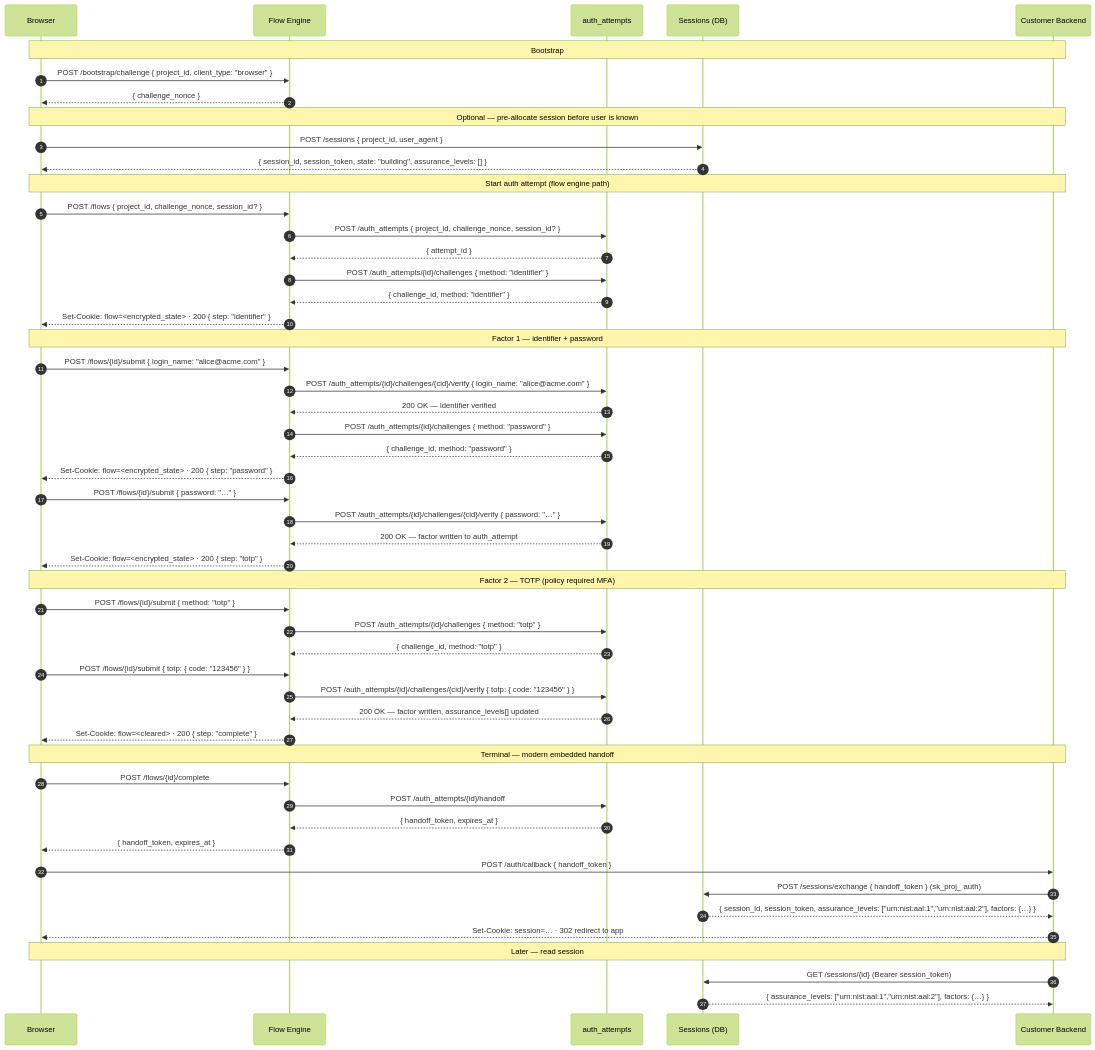
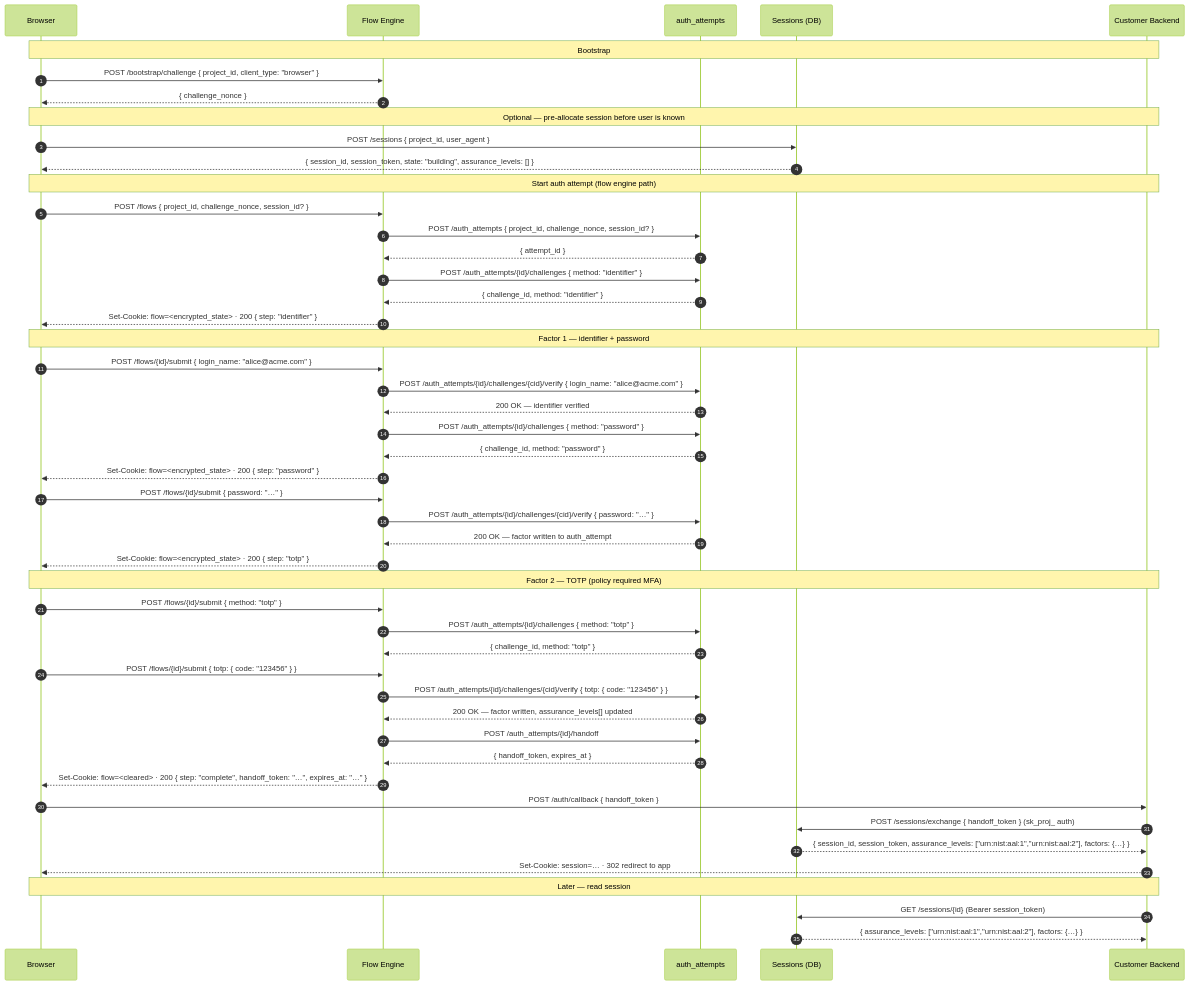
Before and after one commit to zitadel/nextgen: the first of 4 diagrams in docs/design/api/authn-and-auth-flows.md, drawn with Mermaid (forest theme). The commit also changed other lines of this file, not shown here.

````diff
--- a/docs/design/api/authn-and-auth-flows.md
+++ b/docs/design/api/authn-and-auth-flows.md
@@ -155,69 +155,64 @@
 ```mermaid
 sequenceDiagram
     autonumber
     participant Browser
     participant FlowEngine as Flow Engine
     participant AuthAttempts as auth_attempts
     participant SessionDB as Sessions (DB)
     participant CustomerBackend as Customer Backend
 
     Note over Browser,CustomerBackend: Bootstrap
 
     Browser->>FlowEngine: POST /bootstrap/challenge { project_id, client_type: "browser" }
     FlowEngine-->>Browser: { challenge_nonce }
 
     Note over Browser,CustomerBackend: Optional — pre-allocate session before user is known
 
     Browser->>SessionDB: POST /sessions { project_id, user_agent }
     SessionDB-->>Browser: { session_id, session_token, state: "building", assurance_levels: [] }
 
     Note over Browser,CustomerBackend: Start auth attempt (flow engine path)
 
     Browser->>FlowEngine: POST /flows { project_id, challenge_nonce, session_id? }
     FlowEngine->>AuthAttempts: POST /auth_attempts { project_id, challenge_nonce, session_id? }
     AuthAttempts-->>FlowEngine: { attempt_id }
     FlowEngine->>AuthAttempts: POST /auth_attempts/{id}/challenges { method: "identifier" }
     AuthAttempts-->>FlowEngine: { challenge_id, method: "identifier" }
     FlowEngine-->>Browser: Set-Cookie: flow=<encrypted_state> · 200 { step: "identifier" }
 
     Note over Browser,CustomerBackend: Factor 1 — identifier + password
 
     Browser->>FlowEngine: POST /flows/{id}/submit { login_name: "alice@acme.com" }
     FlowEngine->>AuthAttempts: POST /auth_attempts/{id}/challenges/{cid}/verify { login_name: "alice@acme.com" }
     AuthAttempts-->>FlowEngine: 200 OK — identifier verified
     FlowEngine->>AuthAttempts: POST /auth_attempts/{id}/challenges { method: "password" }
     AuthAttempts-->>FlowEngine: { challenge_id, method: "password" }
     FlowEngine-->>Browser: Set-Cookie: flow=<encrypted_state> · 200 { step: "password" }
 
     Browser->>FlowEngine: POST /flows/{id}/submit { password: "…" }
     FlowEngine->>AuthAttempts: POST /auth_attempts/{id}/challenges/{cid}/verify { password: "…" }
     AuthAttempts-->>FlowEngine: 200 OK — factor written to auth_attempt
     FlowEngine-->>Browser: Set-Cookie: flow=<encrypted_state> · 200 { step: "totp" }
 
     Note over Browser,CustomerBackend: Factor 2 — TOTP (policy required MFA)
 
     Browser->>FlowEngine: POST /flows/{id}/submit { method: "totp" }
     FlowEngine->>AuthAttempts: POST /auth_attempts/{id}/challenges { method: "totp" }
     AuthAttempts-->>FlowEngine: { challenge_id, method: "totp" }
     Browser->>FlowEngine: POST /flows/{id}/submit { totp: { code: "123456" } }
     FlowEngine->>AuthAttempts: POST /auth_attempts/{id}/challenges/{cid}/verify { totp: { code: "123456" } }
     AuthAttempts-->>FlowEngine: 200 OK — factor written, assurance_levels[] updated
-    FlowEngine-->>Browser: Set-Cookie: flow=<cleared> · 200 { step: "complete" }
-
-    Note over Browser,CustomerBackend: Terminal — modern embedded handoff
-
-    Browser->>FlowEngine: POST /flows/{id}/complete
     FlowEngine->>AuthAttempts: POST /auth_attempts/{id}/handoff
     AuthAttempts-->>FlowEngine: { handoff_token, expires_at }
-    FlowEngine-->>Browser: { handoff_token, expires_at }
+    FlowEngine-->>Browser: Set-Cookie: flow=<cleared> · 200 { step: "complete", handoff_token: "…", expires_at: "…" }
 
     Browser->>CustomerBackend: POST /auth/callback { handoff_token }
     CustomerBackend->>SessionDB: POST /sessions/exchange { handoff_token } (sk_proj_ auth)
     SessionDB-->>CustomerBackend: { session_id, session_token, assurance_levels: ["urn:nist:aal:1","urn:nist:aal:2"], factors: {…} }
     CustomerBackend-->>Browser: Set-Cookie: session=… · 302 redirect to app
 
     Note over Browser,CustomerBackend: Later — read session
 
     CustomerBackend->>SessionDB: GET /sessions/{id} (Bearer session_token)
     SessionDB-->>CustomerBackend: { assurance_levels: ["urn:nist:aal:1","urn:nist:aal:2"], factors: {…} }
 ```
````
